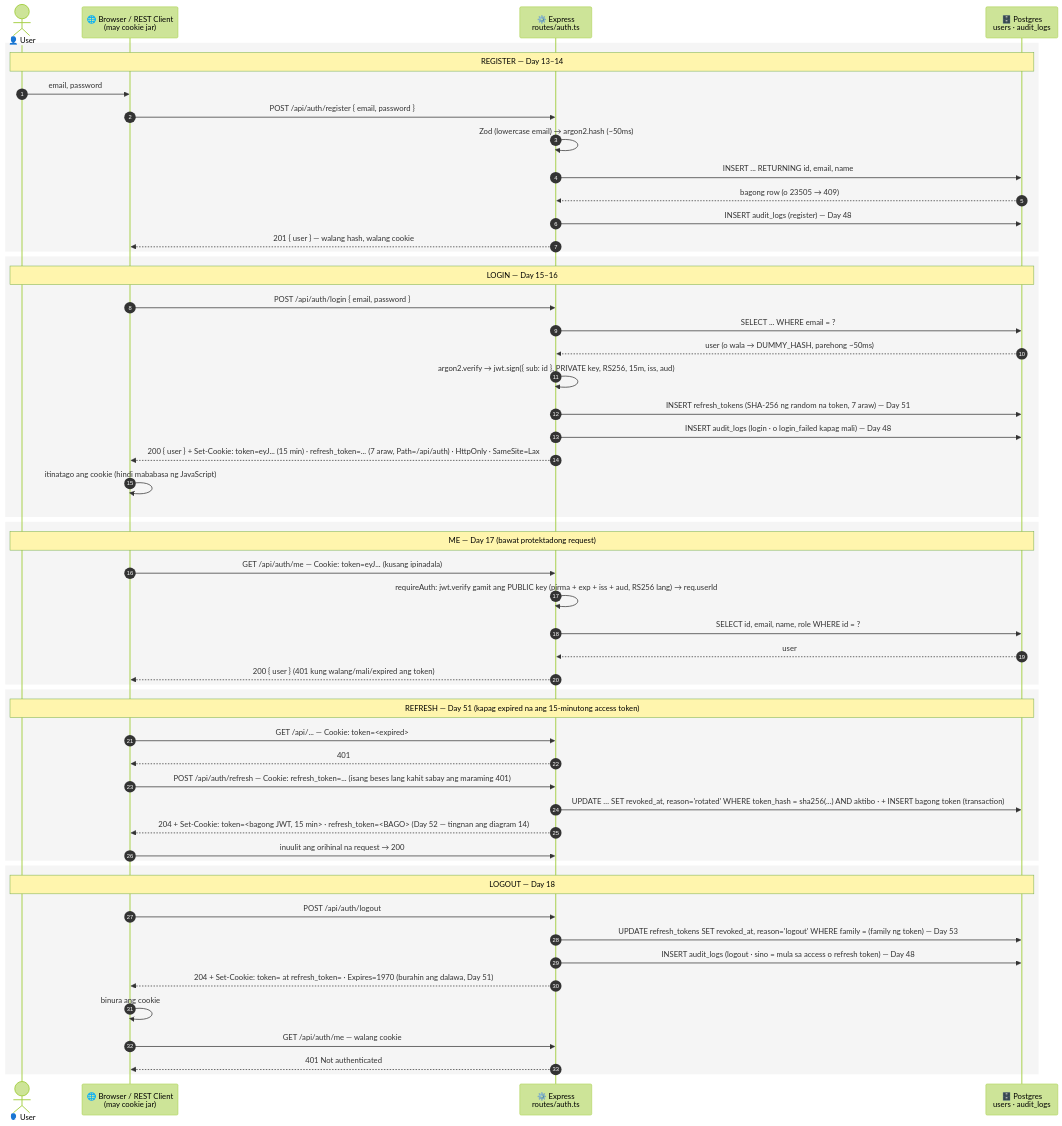
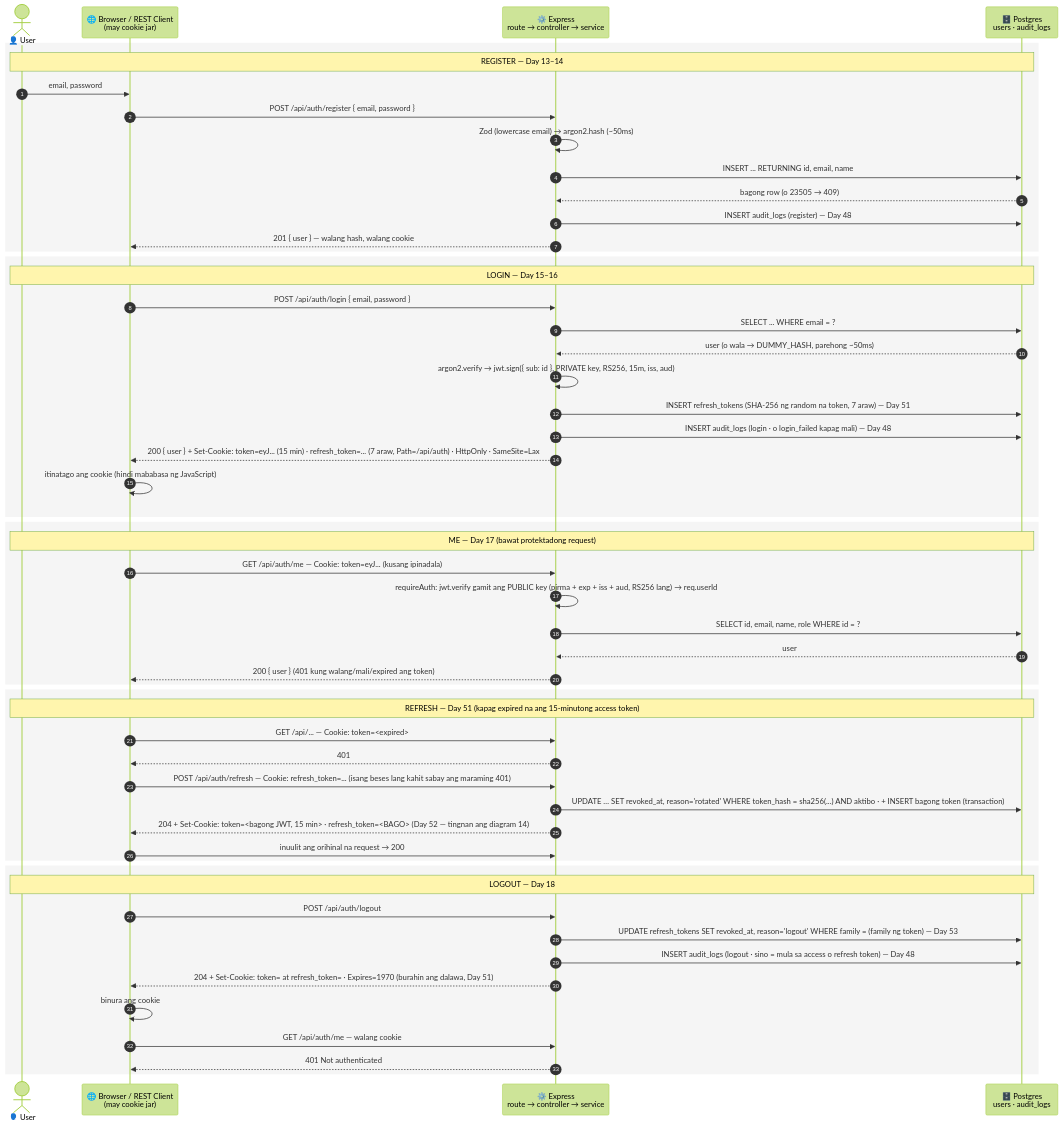
The diagram in docs/diagrams/06-auth-sequence.md (nelson1869-ai/auth-learning), drawn with Mermaid (forest theme) before and after one commit. The commit also changed other lines of this file and 18 other files, not shown here.

First line of the commit message:
docs: Day 75 controller/service in diagrams, .http, architecture, journal

````diff
--- a/docs/diagrams/06-auth-sequence.md
+++ b/docs/diagrams/06-auth-sequence.md
@@ -12,61 +12,61 @@
 ```mermaid
 sequenceDiagram
     autonumber
     actor U as 👤 User
     participant B as 🌐 Browser / REST Client<br/>(may cookie jar)
-    participant S as ⚙️ Express<br/>routes/auth.ts
+    participant S as ⚙️ Express<br/>route → controller → service
     participant D as 🗄️ Postgres<br/>users · audit_logs
 
     rect rgba(128,128,128,0.08)
     Note over U,D: REGISTER — Day 13–14
     U->>B: email, password
     B->>S: POST /api/auth/register { email, password }
     S->>S: Zod (lowercase email) → argon2.hash (~50ms)
     S->>D: INSERT ... RETURNING id, email, name
     D-->>S: bagong row (o 23505 → 409)
     S->>D: INSERT audit_logs (register) — Day 48
     S-->>B: 201 { user } — walang hash, walang cookie
     end
 
     rect rgba(128,128,128,0.08)
     Note over U,D: LOGIN — Day 15–16
     B->>S: POST /api/auth/login { email, password }
     S->>D: SELECT ... WHERE email = ?
     D-->>S: user (o wala → DUMMY_HASH, parehong ~50ms)
     S->>S: argon2.verify → jwt.sign({ sub: id }, PRIVATE key, RS256, 15m, iss, aud)
     S->>D: INSERT refresh_tokens (SHA-256 ng random na token, 7 araw) — Day 51
     S->>D: INSERT audit_logs (login · o login_failed kapag mali) — Day 48
     S-->>B: 200 { user } + Set-Cookie: token=eyJ... (15 min) · refresh_token=... (7 araw, Path=/api/auth) · HttpOnly · SameSite=Lax
     B->>B: itinatago ang cookie (hindi mababasa ng JavaScript)
     end
 
     rect rgba(128,128,128,0.08)
     Note over U,D: ME — Day 17 (bawat protektadong request)
     B->>S: GET /api/auth/me — Cookie: token=eyJ... (kusang ipinadala)
     S->>S: requireAuth: jwt.verify gamit ang PUBLIC key (pirma + exp + iss + aud, RS256 lang) → req.userId
     S->>D: SELECT id, email, name, role WHERE id = ?
     D-->>S: user
     S-->>B: 200 { user } (401 kung walang/mali/expired ang token)
     end
 
     rect rgba(128,128,128,0.08)
     Note over U,D: REFRESH — Day 51 (kapag expired na ang 15-minutong access token)
     B->>S: GET /api/... — Cookie: token=<expired>
     S-->>B: 401
     B->>S: POST /api/auth/refresh — Cookie: refresh_token=... (isang beses lang kahit sabay ang maraming 401)
     S->>D: UPDATE … SET revoked_at, reason='rotated' WHERE token_hash = sha256(...) AND aktibo · + INSERT bagong token (transaction)
     S-->>B: 204 + Set-Cookie: token=<bagong JWT, 15 min> · refresh_token=<BAGO> (Day 52 — tingnan ang diagram 14)
     B->>S: inuulit ang orihinal na request → 200
     end
 
     rect rgba(128,128,128,0.08)
     Note over U,D: LOGOUT — Day 18
     B->>S: POST /api/auth/logout
     S->>D: UPDATE refresh_tokens SET revoked_at, reason='logout' WHERE family = (family ng token) — Day 53
     S->>D: INSERT audit_logs (logout · sino = mula sa access o refresh token) — Day 48
     S-->>B: 204 + Set-Cookie: token= at refresh_token= · Expires=1970 (burahin ang dalawa, Day 51)
     B->>B: binura ang cookie
     B->>S: GET /api/auth/me — walang cookie
     S-->>B: 401 Not authenticated
     end
 ```
````
